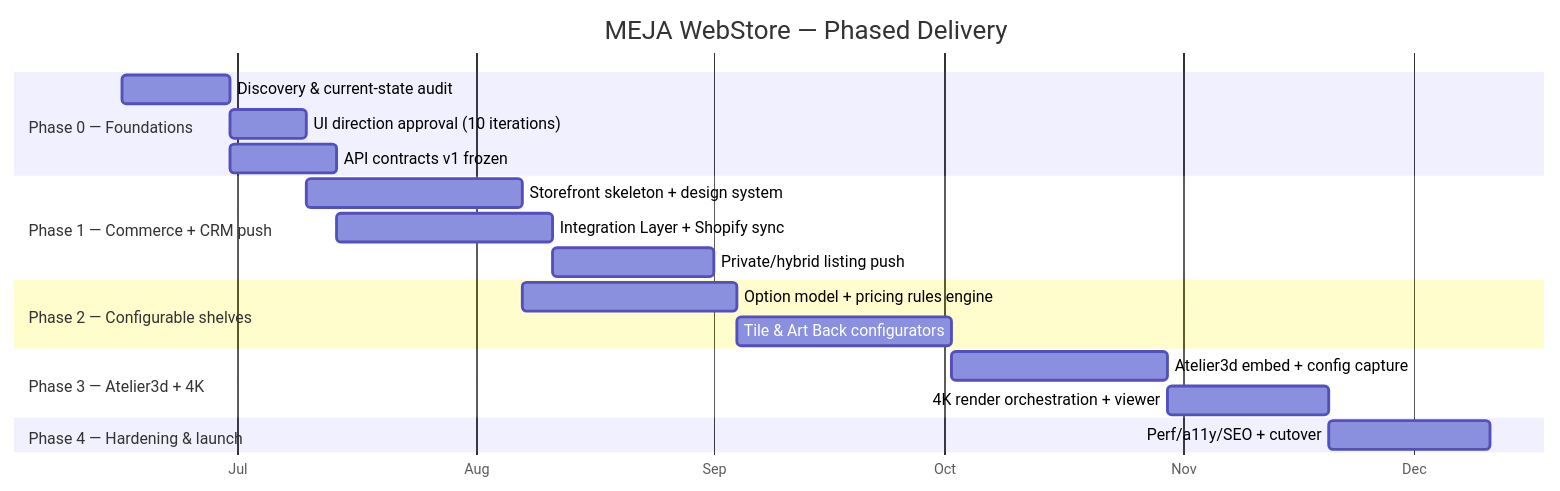
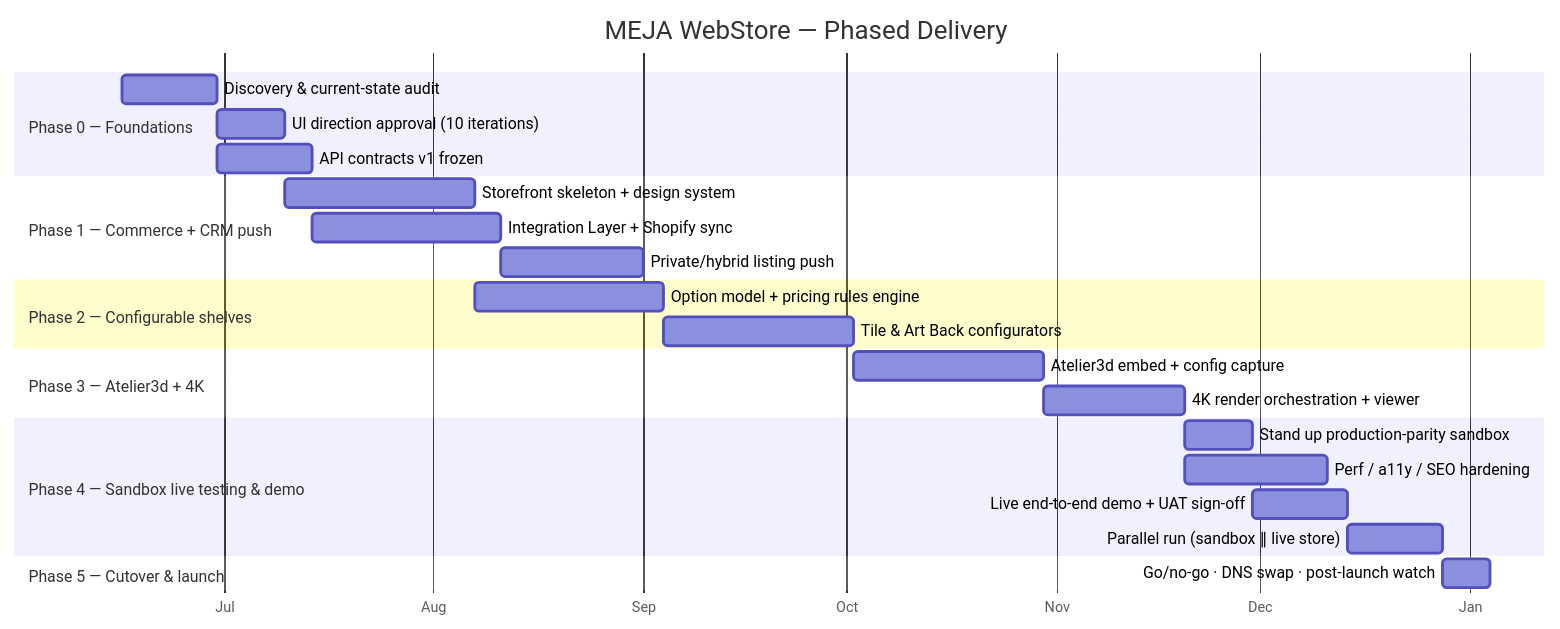
Before and after one commit to jfsgi/MEJA-ShopifyStore: the sixth of 6 diagrams in docs/01-Master-Plan.md, drawn with Mermaid. The commit also changed other lines of this file and 4 other files, not shown here.

First line of the commit message:
Add pre-swap sandbox live testing & demo phase to workplan

````diff
--- a/docs/01-Master-Plan.md
+++ b/docs/01-Master-Plan.md
@@ -356,22 +356,27 @@
 ```mermaid
 gantt
     title MEJA WebStore — Phased Delivery
     dateFormat YYYY-MM-DD
     axisFormat %b
     section Phase 0 — Foundations
     Discovery & current-state audit      :p0a, 2026-06-16, 14d
     UI direction approval (10 iterations):p0b, after p0a, 10d
     API contracts v1 frozen              :p0c, after p0a, 14d
     section Phase 1 — Commerce + CRM push
     Storefront skeleton + design system  :p1a, after p0b, 28d
     Integration Layer + Shopify sync     :p1b, after p0c, 28d
     Private/hybrid listing push          :p1c, after p1b, 21d
     section Phase 2 — Configurable shelves
     Option model + pricing rules engine  :p2a, after p1a, 28d
     Tile & Art Back configurators        :p2b, after p2a, 28d
     section Phase 3 — Atelier3d + 4K
     Atelier3d embed + config capture      :p3a, after p2b, 28d
     4K render orchestration + viewer     :p3b, after p3a, 21d
-    section Phase 4 — Hardening & launch
-    Perf/a11y/SEO + cutover              :p4a, after p3b, 21d
+    section Phase 4 — Sandbox live testing & demo
+    Stand up production-parity sandbox   :p4a, after p3b, 10d
+    Perf / a11y / SEO hardening          :p4b, after p3b, 21d
+    Live end-to-end demo + UAT sign-off  :p4c, after p4a, 14d
+    Parallel run (sandbox ∥ live store)  :p4d, after p4c, 14d
+    section Phase 5 — Cutover & launch
+    Go/no-go · DNS swap · post-launch watch :p5a, after p4d, 7d
 ```
````
